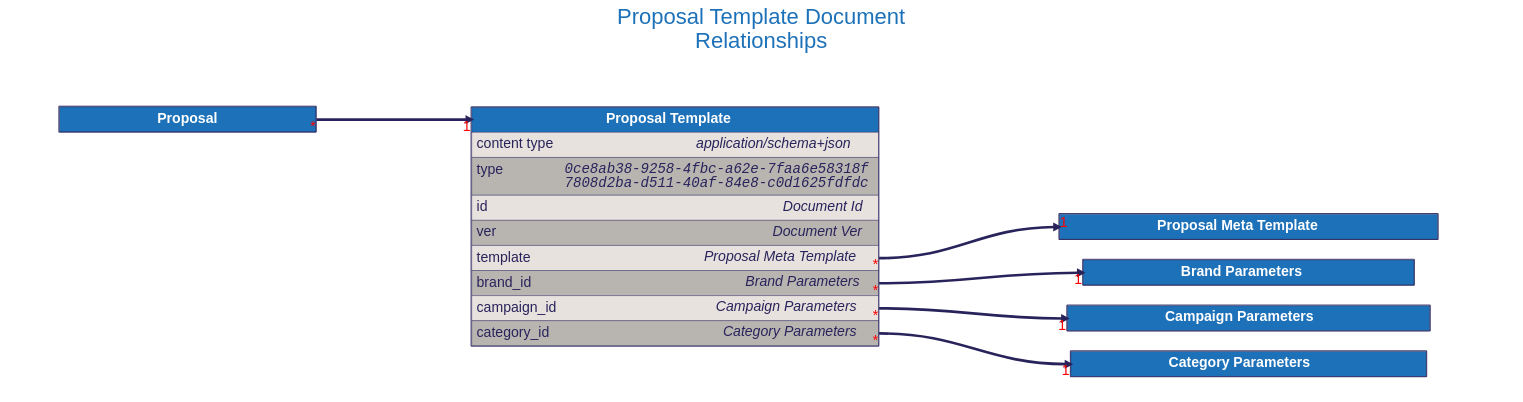
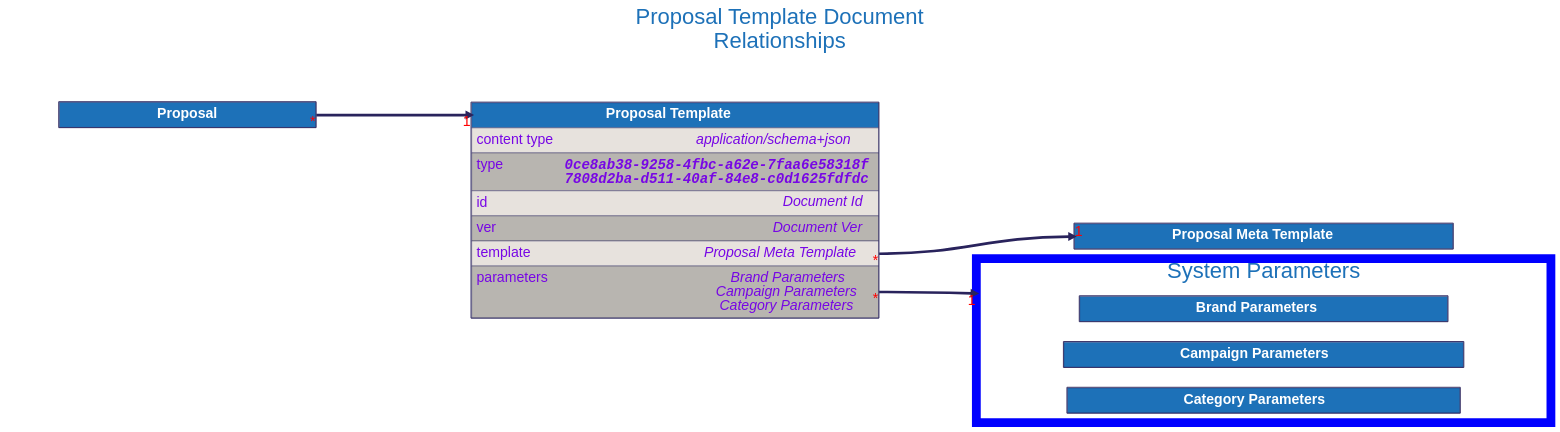
Before and after one commit to input-output-hk/catalyst-libs: the diagram in docs/src/architecture/08_concepts/signed_doc/diagrams/proposal_template.dot, drawn with Graphviz. The commit also changed 59 other files, not shown here.

```diff
--- a/docs/src/architecture/08_concepts/signed_doc/diagrams/proposal_template.dot
+++ b/docs/src/architecture/08_concepts/signed_doc/diagrams/proposal_template.dot
@@ -1,189 +1,175 @@
 digraph "Proposal Template" {
     rankdir="LR"
-        graph [fontname="helvetica", fontsize="32", fontcolor="#29235c", bgcolor="white"];
-        node [penwidth="0", margin="0", fontname="helvetica", fontsize="32", fontcolor="#29235c"];
-        edge [fontname="helvetica", fontsize="32", fontcolor="red", color="#29235c"];
+    graph [fontname="helvetica", fontsize="32", fontcolor="#29235c", bgcolor="white"];
+    node [penwidth="0", margin="0", fontname="helvetica", fontsize="32", fontcolor="#29235c"];
+    edge [fontname="helvetica", fontsize="32", fontcolor="red", color="#29235c"];
 
     labelloc="t"
     label="Proposal Template Document
 Relationships"
     fontcolor="#1d71b8"
     fontsize=50
+    compound=true
+
 
 
     "Proposal Meta Template" [
         id="Proposal Meta Template";
         label=<
             <TABLE BORDER="2" COLOR="#29235c" CELLBORDER="1" CELLSPACING="0" CELLPADDING="10">
             <TR>
                 <TD PORT="title" BGCOLOR="#1d71b8" HREF="../proposal_meta_template/">
                     <FONT COLOR="#ffffff"><B> Proposal Meta Template </B></FONT>
-                </TD>
-            </TR>
-
-            </TABLE>
-        >
-    ];
-
-
-    "Brand Parameters" [
-        id="Brand Parameters";
-        label=<
-            <TABLE BORDER="2" COLOR="#29235c" CELLBORDER="1" CELLSPACING="0" CELLPADDING="10">
-            <TR>
-                <TD PORT="title" BGCOLOR="#1d71b8" HREF="../brand_parameters/">
-                    <FONT COLOR="#ffffff"><B> Brand Parameters </B></FONT>
-                </TD>
-            </TR>
-
-            </TABLE>
-        >
-    ];
-
-
-    "Campaign Parameters" [
-        id="Campaign Parameters";
-        label=<
-            <TABLE BORDER="2" COLOR="#29235c" CELLBORDER="1" CELLSPACING="0" CELLPADDING="10">
-            <TR>
-                <TD PORT="title" BGCOLOR="#1d71b8" HREF="../campaign_parameters/">
-                    <FONT COLOR="#ffffff"><B> Campaign Parameters </B></FONT>
-                </TD>
-            </TR>
-
-            </TABLE>
-        >
-    ];
-
-
-    "Category Parameters" [
-        id="Category Parameters";
-        label=<
-            <TABLE BORDER="2" COLOR="#29235c" CELLBORDER="1" CELLSPACING="0" CELLPADDING="10">
-            <TR>
-                <TD PORT="title" BGCOLOR="#1d71b8" HREF="../category_parameters/">
-                    <FONT COLOR="#ffffff"><B> Category Parameters </B></FONT>
                 </TD>
             </TR>
 
             </TABLE>
         >
     ];
 
 
     "Proposal Template" [
         id="Proposal Template";
         label=<
             <TABLE BORDER="2" COLOR="#29235c" CELLBORDER="1" CELLSPACING="0" CELLPADDING="10">
             <TR>
                 <TD PORT="title" BGCOLOR="#1d71b8" HREF="../proposal_template/">
                     <FONT COLOR="#ffffff"><B> Proposal Template </B></FONT>
                 </TD>
             </TR>
             <TR>
                 <TD ALIGN="LEFT" PORT="content type" BGCOLOR="#e7e2dd">
                     <TABLE CELLPADDING="0" CELLSPACING="0" BORDER="0">
                         <TR>
-                            <TD ALIGN="LEFT" VALIGN="TOP" WIDTH="200"><FONT>content type</FONT></TD>
-                            <TD ALIGN="RIGHT"><FONT><I>application/schema+json</I></FONT></TD>
+                            <TD ALIGN="LEFT" VALIGN="TOP" WIDTH="200"><FONT COLOR="#7706E5">content type</FONT></TD>
+                            <TD ALIGN="RIGHT"><FONT COLOR="#7706E5"><I>application/schema+json</I></FONT></TD>
                         </TR>
                     </TABLE>
                 </TD>
             </TR>
             <TR>
                 <TD ALIGN="LEFT" PORT="type" BGCOLOR="#b8b5b0">
                     <TABLE CELLPADDING="0" CELLSPACING="0" BORDER="0">
                         <TR>
-                            <TD ALIGN="LEFT" VALIGN="TOP" WIDTH="200"><FONT>type</FONT></TD>
-                            <TD ALIGN="RIGHT"><FONT FACE="Courier"><I>0ce8ab38-9258-4fbc-a62e-7faa6e58318f<BR />7808d2ba-d511-40af-84e8-c0d1625fdfdc</I></FONT></TD>
+                            <TD ALIGN="LEFT" VALIGN="TOP" WIDTH="200"><FONT COLOR="#7706E5">type</FONT></TD>
+                            <TD ALIGN="RIGHT"><FONT FACE="Courier" COLOR="#7706E5"><B><I>0ce8ab38-9258-4fbc-a62e-7faa6e58318f<BR />7808d2ba-d511-40af-84e8-c0d1625fdfdc</I></B></FONT></TD>
                         </TR>
                     </TABLE>
                 </TD>
             </TR>
             <TR>
                 <TD ALIGN="LEFT" PORT="id" BGCOLOR="#e7e2dd">
                     <TABLE CELLPADDING="0" CELLSPACING="0" BORDER="0">
                         <TR>
-                            <TD ALIGN="LEFT" VALIGN="TOP" WIDTH="200"><FONT>id</FONT></TD>
-                            <TD ALIGN="RIGHT"><FONT><I>Document Id</I></FONT></TD>
+                            <TD ALIGN="LEFT" VALIGN="TOP" WIDTH="200"><FONT COLOR="#7706E5">id</FONT></TD>
+                            <TD ALIGN="RIGHT"><FONT COLOR="#7706E5"><I>Document Id</I></FONT></TD>
                         </TR>
                     </TABLE>
                 </TD>
             </TR>
             <TR>
                 <TD ALIGN="LEFT" PORT="ver" BGCOLOR="#b8b5b0">
                     <TABLE CELLPADDING="0" CELLSPACING="0" BORDER="0">
                         <TR>
-                            <TD ALIGN="LEFT" VALIGN="TOP" WIDTH="200"><FONT>ver</FONT></TD>
-                            <TD ALIGN="RIGHT"><FONT><I>Document Ver</I></FONT></TD>
+                            <TD ALIGN="LEFT" VALIGN="TOP" WIDTH="200"><FONT COLOR="#7706E5">ver</FONT></TD>
+                            <TD ALIGN="RIGHT"><FONT COLOR="#7706E5"><I>Document Ver</I></FONT></TD>
                         </TR>
                     </TABLE>
                 </TD>
             </TR>
             <TR>
                 <TD ALIGN="LEFT" PORT="template" BGCOLOR="#e7e2dd">
                     <TABLE CELLPADDING="0" CELLSPACING="0" BORDER="0">
                         <TR>
-                            <TD ALIGN="LEFT" VALIGN="TOP" WIDTH="200"><FONT>template</FONT></TD>
-                            <TD ALIGN="RIGHT"><FONT><I>Proposal Meta Template</I></FONT></TD>
+                            <TD ALIGN="LEFT" VALIGN="TOP" WIDTH="200"><FONT COLOR="#7706E5">template</FONT></TD>
+                            <TD ALIGN="RIGHT"><FONT COLOR="#7706E5"><I>Proposal Meta Template</I></FONT></TD>
                         </TR>
                     </TABLE>
                 </TD>
             </TR>
             <TR>
-                <TD ALIGN="LEFT" PORT="brand_id" BGCOLOR="#b8b5b0">
+                <TD ALIGN="LEFT" PORT="parameters" BGCOLOR="#b8b5b0">
                     <TABLE CELLPADDING="0" CELLSPACING="0" BORDER="0">
                         <TR>
-                            <TD ALIGN="LEFT" VALIGN="TOP" WIDTH="200"><FONT>brand_id</FONT></TD>
-                            <TD ALIGN="RIGHT"><FONT><I>Brand Parameters</I></FONT></TD>
-                        </TR>
-                    </TABLE>
-                </TD>
-            </TR>
-            <TR>
-                <TD ALIGN="LEFT" PORT="campaign_id" BGCOLOR="#e7e2dd">
-                    <TABLE CELLPADDING="0" CELLSPACING="0" BORDER="0">
-                        <TR>
-                            <TD ALIGN="LEFT" VALIGN="TOP" WIDTH="200"><FONT>campaign_id</FONT></TD>
-                            <TD ALIGN="RIGHT"><FONT><I>Campaign Parameters</I></FONT></TD>
-                        </TR>
-                    </TABLE>
-                </TD>
-            </TR>
-            <TR>
-                <TD ALIGN="LEFT" PORT="category_id" BGCOLOR="#b8b5b0">
-                    <TABLE CELLPADDING="0" CELLSPACING="0" BORDER="0">
-                        <TR>
-                            <TD ALIGN="LEFT" VALIGN="TOP" WIDTH="200"><FONT>category_id</FONT></TD>
-                            <TD ALIGN="RIGHT"><FONT><I>Category Parameters</I></FONT></TD>
+                            <TD ALIGN="LEFT" VALIGN="TOP" WIDTH="200"><FONT COLOR="#7706E5">parameters</FONT></TD>
+                            <TD ALIGN="RIGHT"><FONT COLOR="#7706E5"><I>Brand Parameters<BR />Campaign Parameters<BR />Category Parameters</I></FONT></TD>
                         </TR>
                     </TABLE>
                 </TD>
             </TR>
 
             </TABLE>
         >
     ];
 
 
     "Proposal" [
         id="Proposal";
         label=<
             <TABLE BORDER="2" COLOR="#29235c" CELLBORDER="1" CELLSPACING="0" CELLPADDING="10">
             <TR>
                 <TD PORT="title" BGCOLOR="#1d71b8" HREF="../proposal/">
                     <FONT COLOR="#ffffff"><B> Proposal </B></FONT>
                 </TD>
             </TR>
 
             </TABLE>
         >
     ];
 
 
+    subgraph cluster_system_parameters {
+        label = "System Parameters";
+        color=blue
+        penwidth=20
+
+        "Brand Parameters" [
+            id="Brand Parameters";
+            label=<
+                <TABLE BORDER="2" COLOR="#29235c" CELLBORDER="1" CELLSPACING="0" CELLPADDING="10">
+                <TR>
+                    <TD PORT="title" BGCOLOR="#1d71b8" HREF="../brand_parameters/">
+                        <FONT COLOR="#ffffff"><B> Brand Parameters </B></FONT>
+                    </TD>
+                </TR>
+
+                </TABLE>
+            >
+        ];
+
+
+        "Campaign Parameters" [
+            id="Campaign Parameters";
+            label=<
+                <TABLE BORDER="2" COLOR="#29235c" CELLBORDER="1" CELLSPACING="0" CELLPADDING="10">
+                <TR>
+                    <TD PORT="title" BGCOLOR="#1d71b8" HREF="../campaign_parameters/">
+                        <FONT COLOR="#ffffff"><B> Campaign Parameters </B></FONT>
+                    </TD>
+                </TR>
+
+                </TABLE>
+            >
+        ];
+
+
+        "Category Parameters" [
+            id="Category Parameters";
+            label=<
+                <TABLE BORDER="2" COLOR="#29235c" CELLBORDER="1" CELLSPACING="0" CELLPADDING="10">
+                <TR>
+                    <TD PORT="title" BGCOLOR="#1d71b8" HREF="../category_parameters/">
+                        <FONT COLOR="#ffffff"><B> Category Parameters </B></FONT>
+                    </TD>
+                </TR>
+
+                </TABLE>
+            >
+        ];
+
+    }
+
     "Proposal Template":"template":e -> "Proposal Meta Template":"title":w [dir=forward, penwidth=6, color="#29235c", headlabel="1", taillabel="*"]
-    "Proposal Template":"brand_id":e -> "Brand Parameters":"title":w [dir=forward, penwidth=6, color="#29235c", headlabel="1", taillabel="*"]
-    "Proposal Template":"campaign_id":e -> "Campaign Parameters":"title":w [dir=forward, penwidth=6, color="#29235c", headlabel="1", taillabel="*"]
-    "Proposal Template":"category_id":e -> "Category Parameters":"title":w [dir=forward, penwidth=6, color="#29235c", headlabel="1", taillabel="*"]
+    "Proposal Template":"parameters":e -> "Brand Parameters" [dir=forward, penwidth=6, color="#29235c", headlabel="1", taillabel="*", lhead="cluster_system_parameters"]
     "Proposal":"title":e -> "Proposal Template":"title":w [dir=forward, penwidth=6, color="#29235c", headlabel="1", taillabel="*"]
 }
```
